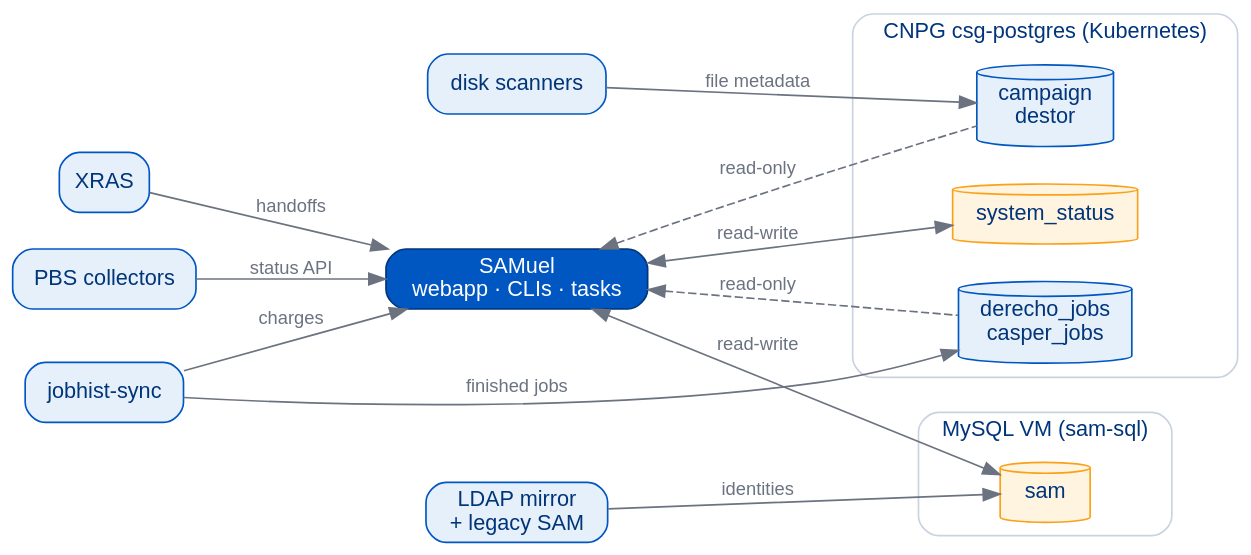
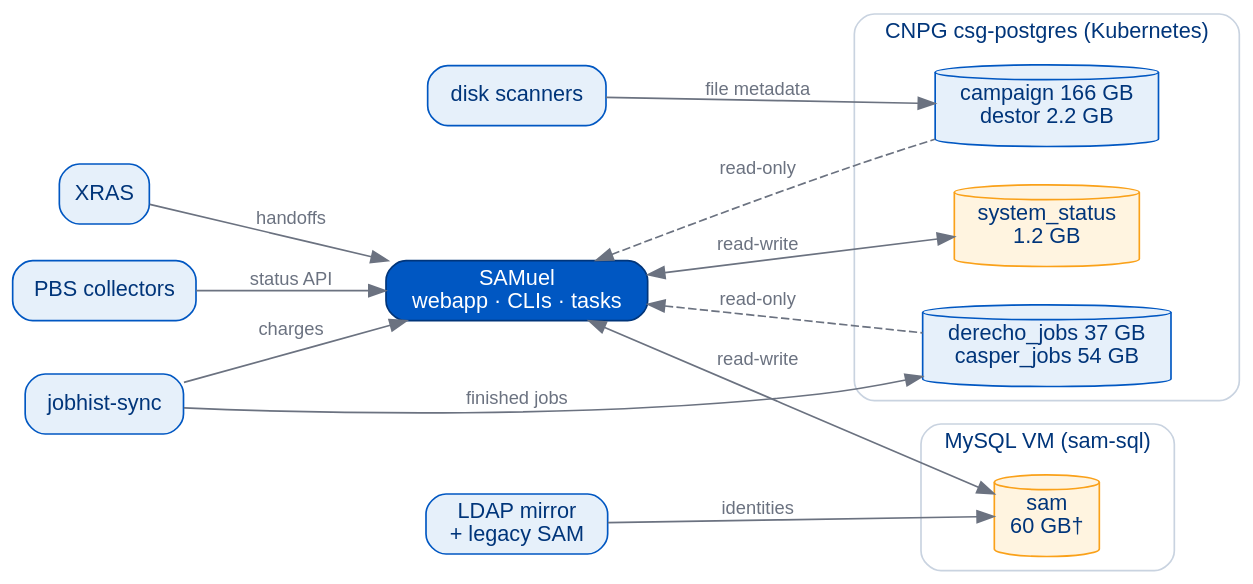
One commit to benkirk/quarto-docs-framework changed the diagram in docs/samuel/_3-databases.qmd. Above: the diagram before and after it, drawn with Graphviz. The commit also changed other lines of this file, not shown here.

````diff
--- a/docs/samuel/_3-databases.qmd
+++ b/docs/samuel/_3-databases.qmd
@@ -13,40 +19,40 @@
 ```{dot}
 //| fig-width: 10
 digraph DBs {
   graph [rankdir=LR, nodesep=0.3, ranksep=0.8, bgcolor="transparent",
          fontname="Helvetica", fontsize=13, fontcolor="#00357A"];
   node  [shape=box, style="rounded,filled", fontname="Helvetica", fontsize=13,
          fillcolor="#E6F0FA", color="#0057C2", fontcolor="#00357A"];
   edge  [fontname="Helvetica", fontsize=11, color="#6B7280", fontcolor="#6B7280"];
 
   xras   [label="XRAS"];
   coll   [label="PBS collectors"];
   ldap   [label="LDAP mirror\n+ legacy SAM"];
   jhs    [label="jobhist-sync"];
   scan   [label="disk scanners"];
   samuel [label="SAMuel\nwebapp · CLIs · tasks", fillcolor="#0057C2",
           color="#00357A", fontcolor="#FFFFFF"];
 
   subgraph cluster_mysql {
     label="MySQL VM (sam-sql)"; style="rounded"; color="#C9D3E0";
-    sam [label="sam", shape=cylinder, fillcolor="#FFF4E0", color="#FAA119"];
+    sam [label="sam\n60 GB†", shape=cylinder, fillcolor="#FFF4E0", color="#FAA119"];
   }
   subgraph cluster_cnpg {
     label="CNPG csg-postgres (Kubernetes)"; style="rounded"; color="#C9D3E0";
-    status [label="system_status", shape=cylinder, fillcolor="#FFF4E0", color="#FAA119"];
-    jobs   [label="derecho_jobs\ncasper_jobs", shape=cylinder];
-    fs     [label="campaign\ndestor", shape=cylinder];
+    status [label="system_status\n1.2 GB", shape=cylinder, fillcolor="#FFF4E0", color="#FAA119"];
+    jobs   [label="derecho_jobs 37 GB\ncasper_jobs 54 GB", shape=cylinder];
+    fs     [label="campaign 166 GB\ndestor 2.2 GB", shape=cylinder];
   }
 
   xras -> samuel [label="handoffs"];
   coll -> samuel [label="status API"];
   jhs  -> samuel [label="charges"];
   samuel -> sam    [dir=both, label="read-write"];
   samuel -> status [dir=both, label="read-write"];
   samuel -> jobs   [dir=back, style=dashed, label="read-only"];
   samuel -> fs     [dir=back, style=dashed, label="read-only"];
   ldap -> sam  [label="identities"];
   jhs  -> jobs [label="finished jobs"];
   scan -> fs   [label="file metadata"];
 }
 ```
````
